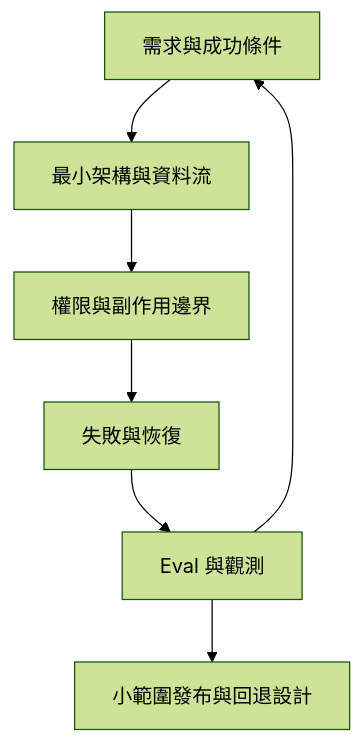
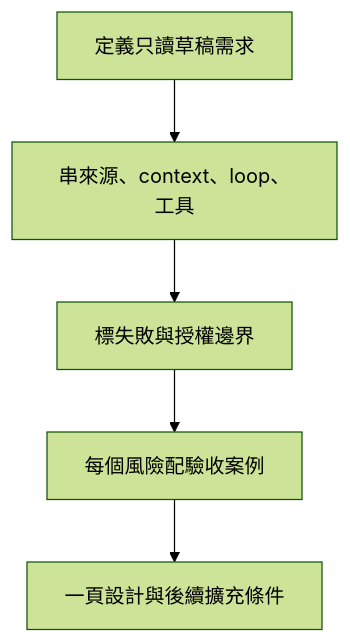
Before and after one commit to easyvibecoding/Agent-Engineering: the diagram in chapters/synthesis/14-system-design-and-interviews/lesson.md, drawn with Mermaid (forest theme). The commit also changed other lines of this file and 139 other files, not shown here.

````diff
--- a/chapters/synthesis/14-system-design-and-interviews/lesson.md
+++ b/chapters/synthesis/14-system-design-and-interviews/lesson.md
@@ -37,9 +59,12 @@
 ```mermaid
 flowchart TD
-  Q["需求與成功條件"] --> A["最小架構與資料流"]
-  A --> B["權限與副作用邊界"]
-  B --> F["失敗與恢復"]
-  F --> E["Eval 與觀測"]
-  E --> R["小範圍發布與回退設計"]
-  E --> Q
+    A["定義只讀草稿需求"]
+    B["串來源、context、loop、工具"]
+    C["標失敗與授權邊界"]
+    D["每個風險配驗收案例"]
+    E["一頁設計與後續擴充條件"]
+    A --> B
+    B --> C
+    C --> D
+    D --> E
 ```
````
